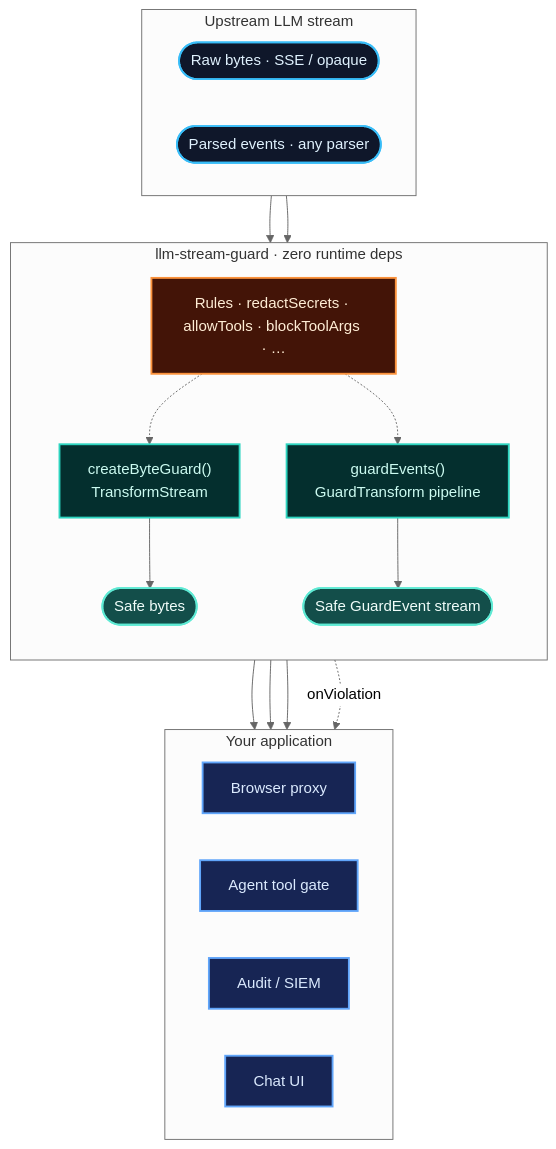
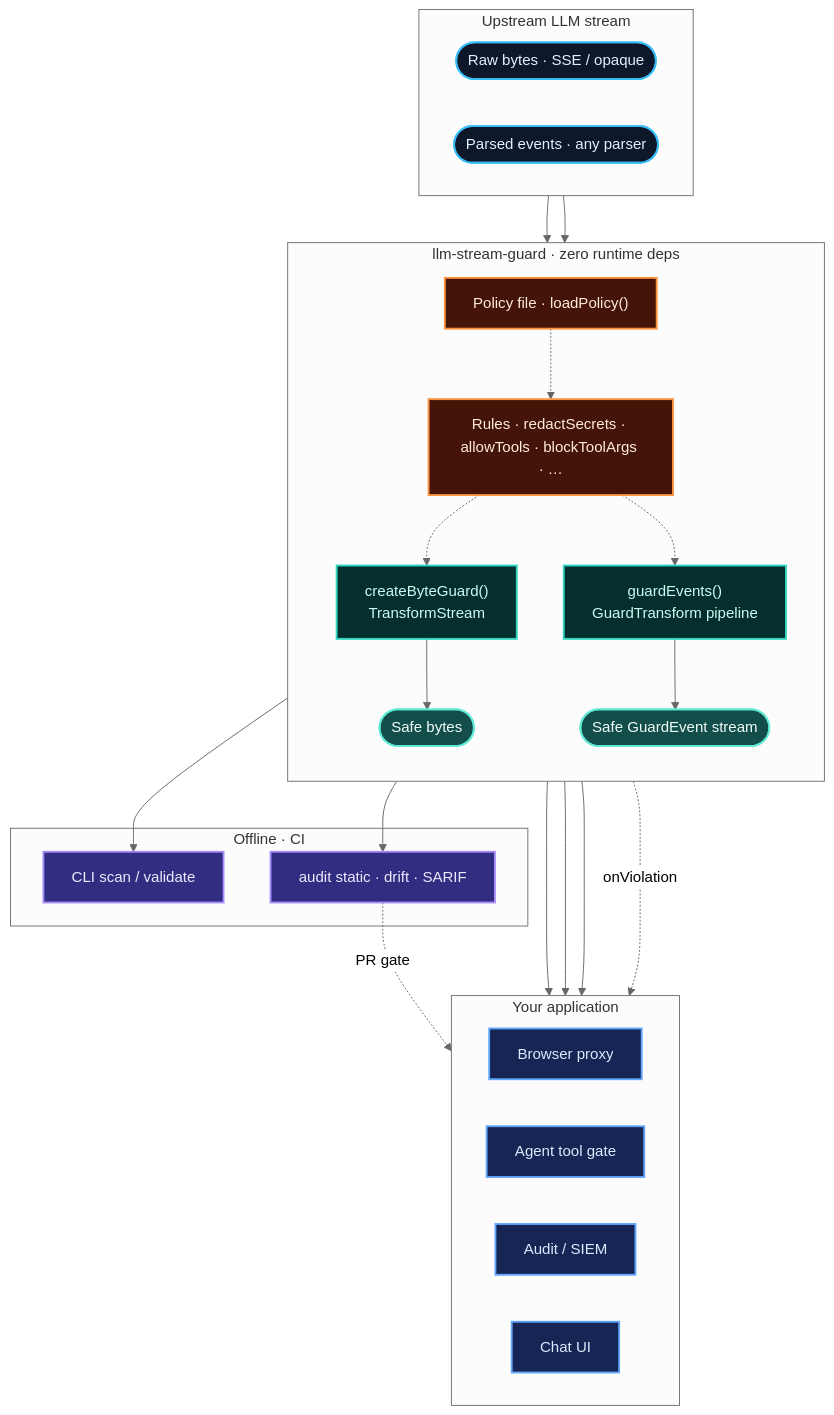
One commit to 01laky/llm-stream-guard changed the diagram in docs/img/pipeline.mmd. Above: the diagram before and after it, drawn with Mermaid (neutral theme). The commit also changed 35 other files, not shown here.

First line of the commit message:
Docs: beginner guides, reference docs, and diagram overhaul (0.8.0 prep).

```diff
--- a/docs/img/pipeline.mmd
+++ b/docs/img/pipeline.mmd
@@ -1,44 +1,56 @@
 flowchart TB
-	subgraph UPSTREAM["Upstream LLM stream"]
-		direction LR
-		BYTES(["Raw bytes · SSE / opaque"])
-		PARSED(["Parsed events · any parser"])
-	end
+  subgraph UPSTREAM["Upstream LLM stream"]
+    direction LR
+    BYTES(["Raw bytes · SSE / opaque"])
+    PARSED(["Parsed events · any parser"])
+  end
 
-	subgraph GUARD["llm-stream-guard · zero runtime deps"]
-		direction TB
-		BYTE["createByteGuard()<br/>TransformStream"]
-		EVENT["guardEvents()<br/>GuardTransform pipeline"]
-		RULES["Rules · redactSecrets · allowTools · blockToolArgs · …"]
-		SAFE_BYTES(["Safe bytes"])
-		SAFE_EVENTS(["Safe GuardEvent stream"])
-		BYTES --> BYTE --> SAFE_BYTES
-		PARSED --> EVENT --> SAFE_EVENTS
-		RULES -.-> BYTE
-		RULES -.-> EVENT
-	end
+  subgraph GUARD["llm-stream-guard · zero runtime deps"]
+    direction TB
+    BYTE["createByteGuard()<br/>TransformStream"]
+    EVENT["guardEvents()<br/>GuardTransform pipeline"]
+    RULES["Rules · redactSecrets · allowTools · blockToolArgs · …"]
+    POLICY["Policy file · loadPolicy()"]
+    SAFE_BYTES(["Safe bytes"])
+    SAFE_EVENTS(["Safe GuardEvent stream"])
+    BYTES --> BYTE --> SAFE_BYTES
+    PARSED --> EVENT --> SAFE_EVENTS
+    POLICY -.-> RULES
+    RULES -.-> BYTE
+    RULES -.-> EVENT
+  end
 
-	subgraph APPS["Your application"]
-		direction LR
-		PROXY["Browser proxy"]
-		AGENT["Agent tool gate"]
-		LOGS["Audit / SIEM"]
-		UI["Chat UI"]
-	end
+  subgraph OFFLINE["Offline · CI"]
+    CLI["CLI scan / validate"]
+    AUDIT["audit static · drift · SARIF"]
+    POLICY --> CLI
+    POLICY --> AUDIT
+  end
 
-	SAFE_BYTES --> PROXY
-	SAFE_EVENTS --> AGENT
-	SAFE_EVENTS --> UI
-	EVENT -. onViolation .-> LOGS
+  subgraph APPS["Your application"]
+    direction LR
+    PROXY["Browser proxy"]
+    AGENT["Agent tool gate"]
+    LOGS["Audit / SIEM"]
+    UI["Chat UI"]
+  end
 
-	classDef upstream fill:#0f172a,stroke:#38bdf8,stroke-width:2px,color:#e0f2fe
-	classDef guard fill:#042f2e,stroke:#2dd4bf,stroke-width:2px,color:#ccfbf1
-	classDef io fill:#134e4a,stroke:#5eead4,stroke-width:2px,color:#f0fdfa
-	classDef rules fill:#431407,stroke:#fb923c,stroke-width:2px,color:#ffedd5
-	classDef app fill:#172554,stroke:#60a5fa,stroke-width:2px,color:#dbeafe
+  SAFE_BYTES --> PROXY
+  SAFE_EVENTS --> AGENT
+  SAFE_EVENTS --> UI
+  EVENT -. onViolation .-> LOGS
+  AUDIT -. PR gate .-> LOGS
 
-	class BYTES,PARSED upstream
-	class BYTE,EVENT guard
-	class SAFE_BYTES,SAFE_EVENTS io
-	class RULES rules
-	class PROXY,AGENT,LOGS,UI app
+  classDef upstream fill:#0f172a,stroke:#38bdf8,stroke-width:2px,color:#e0f2fe
+  classDef guard fill:#042f2e,stroke:#2dd4bf,stroke-width:2px,color:#ccfbf1
+  classDef io fill:#134e4a,stroke:#5eead4,stroke-width:2px,color:#f0fdfa
+  classDef rules fill:#431407,stroke:#fb923c,stroke-width:2px,color:#ffedd5
+  classDef app fill:#172554,stroke:#60a5fa,stroke-width:2px,color:#dbeafe
+  classDef offline fill:#312e81,stroke:#a78bfa,stroke-width:2px,color:#ede9fe
+
+  class BYTES,PARSED upstream
+  class BYTE,EVENT guard
+  class SAFE_BYTES,SAFE_EVENTS io
+  class RULES,POLICY rules
+  class PROXY,AGENT,LOGS,UI app
+  class CLI,AUDIT offline
```
